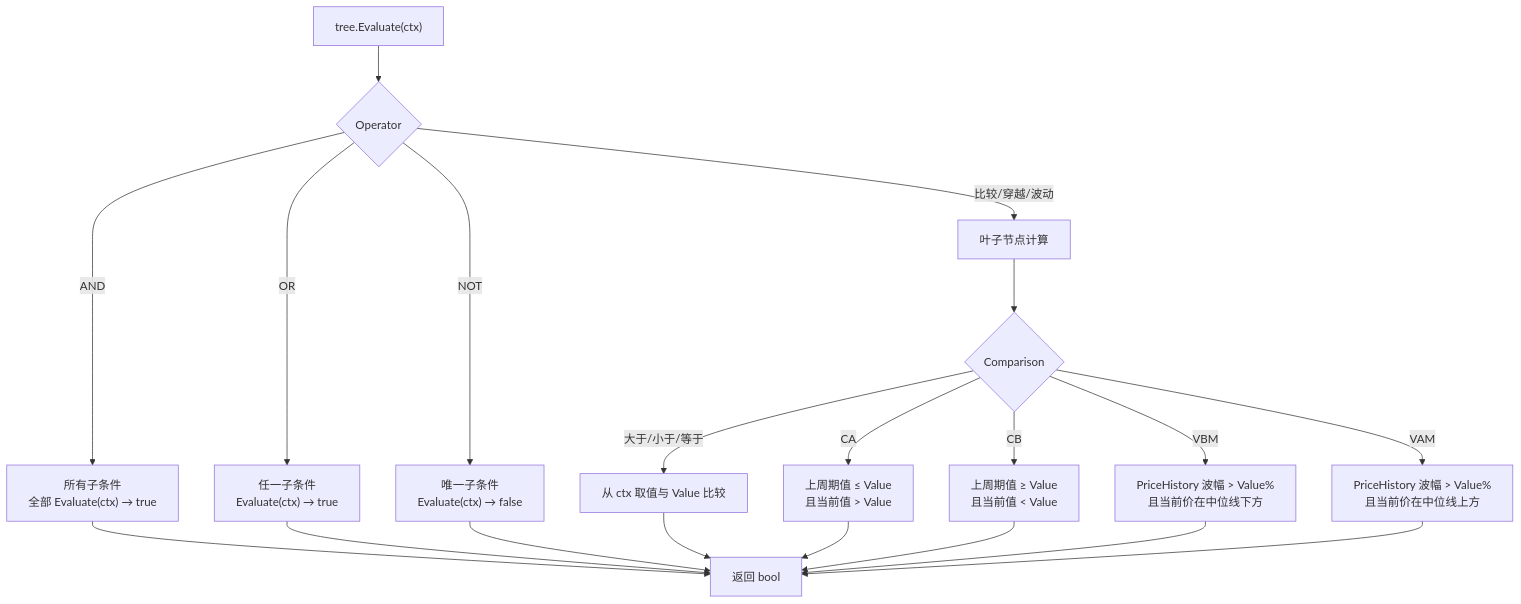
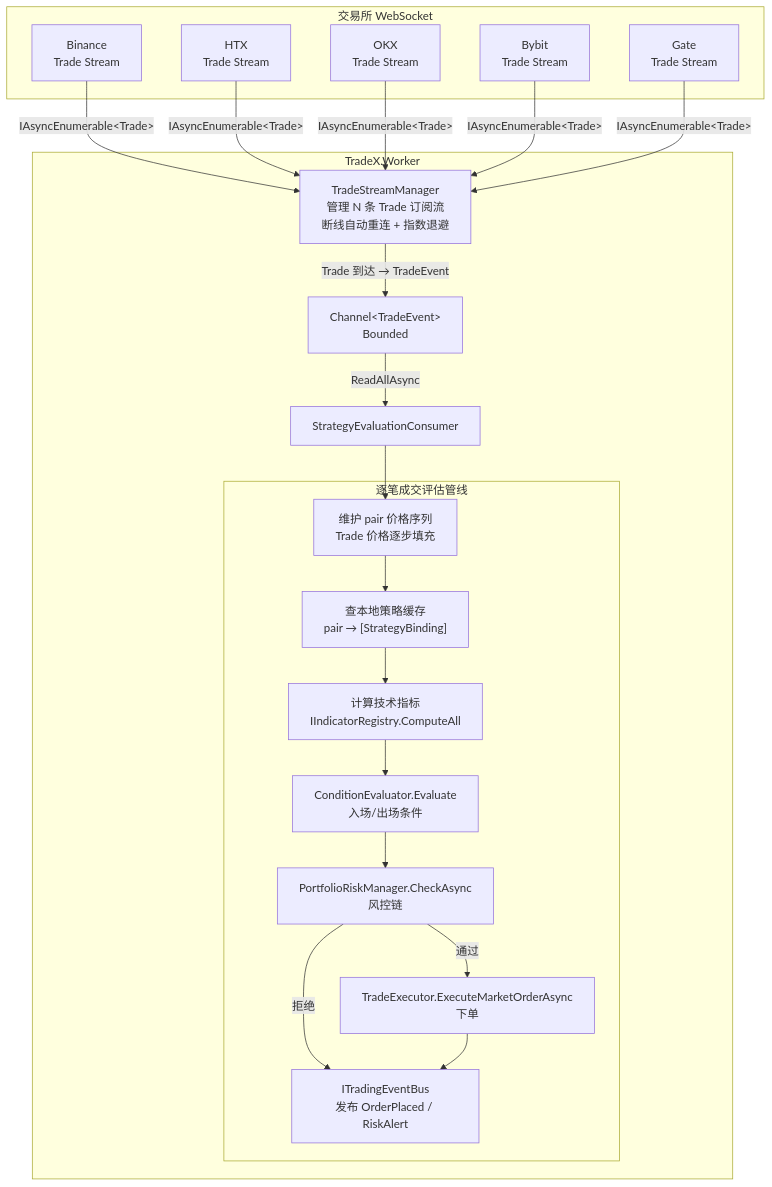
The second of 8 diagrams in docs/策略引擎工作流程.md (bambuo/TradeX), drawn with Mermaid before and after one commit. The commit also changed other lines of this file and 97 other files, not shown here.

````diff
--- a/docs/策略引擎工作流程.md
+++ b/docs/策略引擎工作流程.md
@@ -338,25 +95,44 @@
 ```mermaid
 flowchart TD
-    A["tree.Evaluate(ctx)"] --> B{Operator}
+    subgraph Exchanges["交易所 WebSocket"]
+        B["Binance<br/>Trade Stream"]
+        H["HTX<br/>Trade Stream"]
+        O["OKX<br/>Trade Stream"]
+        BY["Bybit<br/>Trade Stream"]
+        G["Gate<br/>Trade Stream"]
+    end
 
-    B -->|AND| C["所有子条件<br/>全部 Evaluate(ctx) → true"]
-    B -->|OR| D["任一子条件<br/>Evaluate(ctx) → true"]
-    B -->|NOT| E["唯一子条件<br/>Evaluate(ctx) → false"]
-    B -->|比较/穿越/波动| F["叶子节点计算"]
+    subgraph Worker["TradeX.Worker"]
+        TSM["TradeStreamManager<br/>管理 N 条 Trade 订阅流<br/>断线自动重连 + 指数退避"]
+        CH["Channel&lt;TradeEvent&gt;<br/>Bounded"]
+        SEC["StrategyEvaluationConsumer"]
 
-    F --> G{Comparison}
-    G -->|大于/小于/等于| H["从 ctx 取值与 Value 比较"]
-    G -->|CA| I["上周期值 ≤ Value<br/>且当前值 > Value"]
-    G -->|CB| J["上周期值 ≥ Value<br/>且当前值 < Value"]
-    G -->|VBM| K["PriceHistory 波幅 > Value%<br/>且当前价在中位线下方"]
-    G -->|VAM| L["PriceHistory 波幅 > Value%<br/>且当前价在中位线上方"]
+        subgraph Consumer["逐笔成交评估管线"]
+            EV1["维护 pair 价格序列<br/>Trade 价格逐步填充"]
+            EV2["查本地策略缓存<br/>pair → [StrategyBinding]"]
+            EV3["计算技术指标<br/>IIndicatorRegistry.ComputeAll"]
+            EV4["ConditionEvaluator.Evaluate<br/>入场/出场条件"]
+            EV5["PortfolioRiskManager.CheckAsync<br/>风控链"]
+            EV6["TradeExecutor.ExecuteMarketOrderAsync<br/>下单"]
+            EV7["ITradingEventBus<br/>发布 OrderPlaced / RiskAlert"]
+        end
+    end
 
-    C --> M["返回 bool"]
-    D --> M
-    E --> M
-    H --> M
-    I --> M
-    J --> M
-    K --> M
-    L --> M
+    B -->|IAsyncEnumerable&lt;Trade&gt;| TSM
+    H -->|IAsyncEnumerable&lt;Trade&gt;| TSM
+    O -->|IAsyncEnumerable&lt;Trade&gt;| TSM
+    BY -->|IAsyncEnumerable&lt;Trade&gt;| TSM
+    G -->|IAsyncEnumerable&lt;Trade&gt;| TSM
+
+    TSM -->|"Trade 到达 → TradeEvent"| CH
+    CH -->|ReadAllAsync| SEC
+
+    SEC --> EV1
+    EV1 --> EV2
+    EV2 --> EV3
+    EV3 --> EV4
+    EV4 --> EV5
+    EV5 -->|通过| EV6
+    EV5 -->|拒绝| EV7
+    EV6 --> EV7
 ```
````
